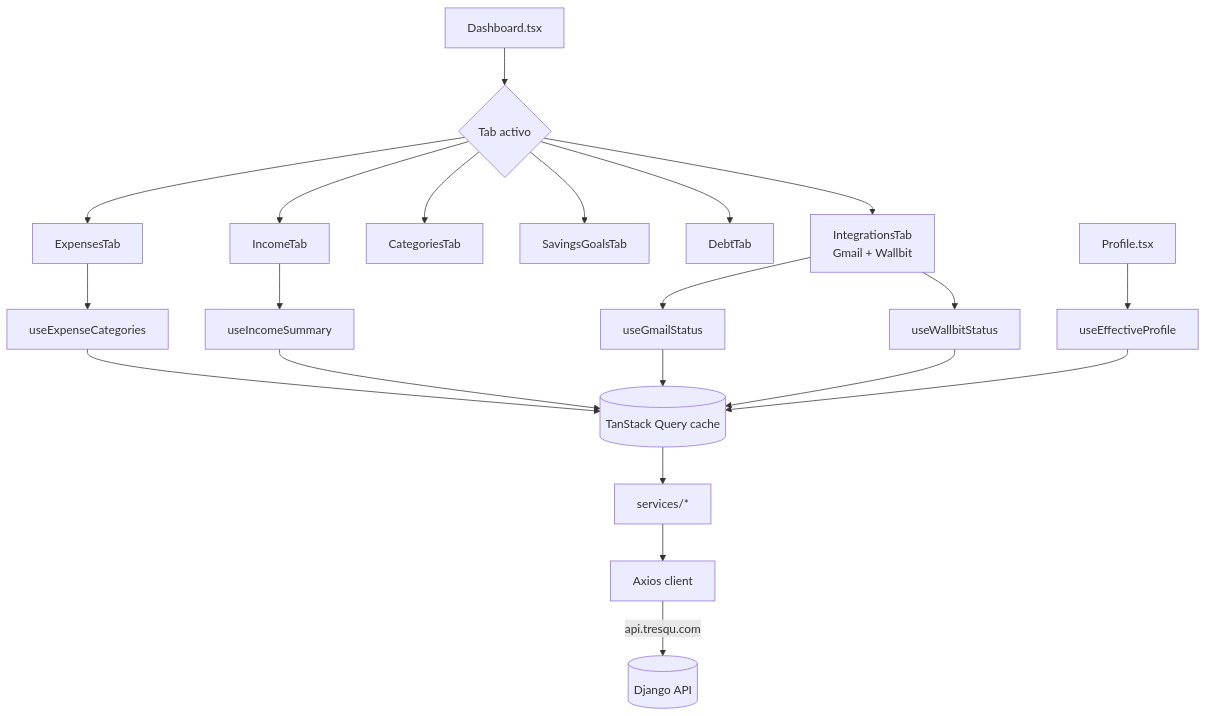
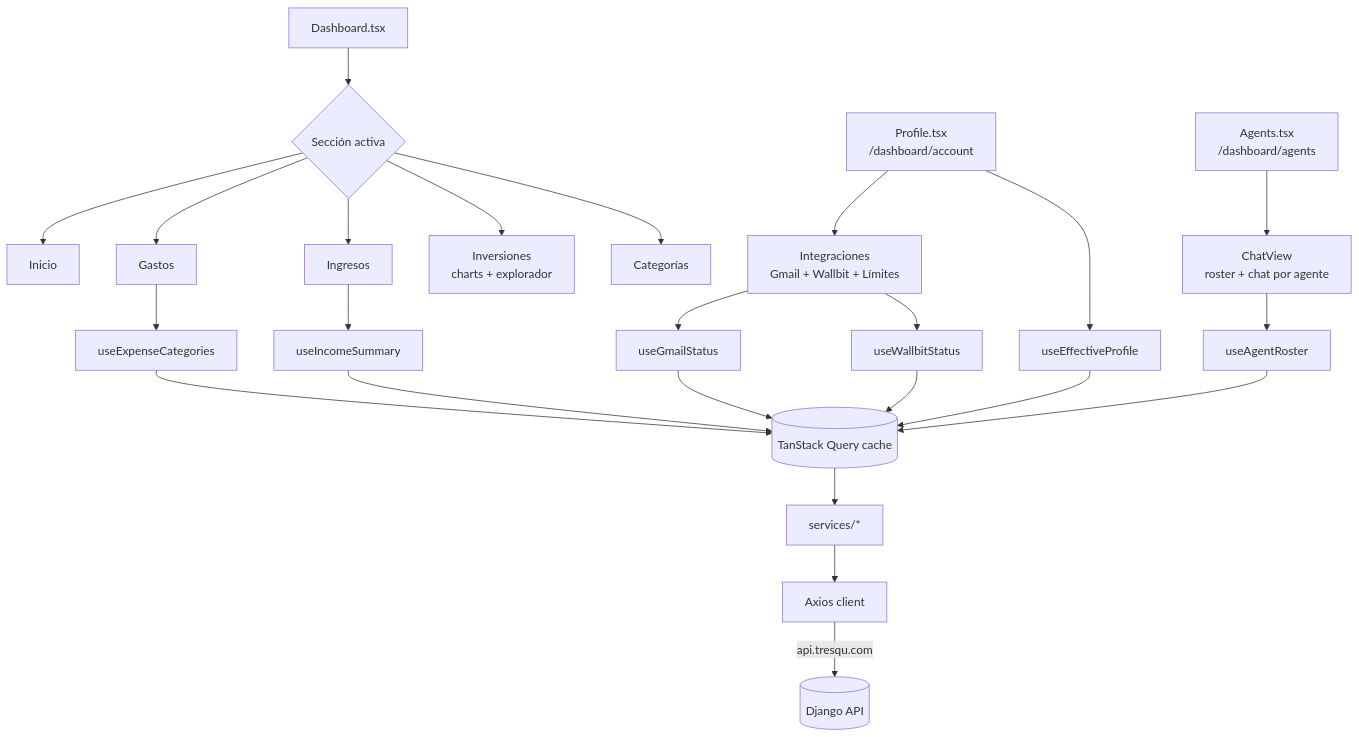
Before and after one commit to Jjat00/tresqu-frontend: the second of 3 diagrams in README.md, drawn with Mermaid. The commit also changed other lines of this file, not shown here.

````diff
--- a/README.md
+++ b/README.md
@@ -77,26 +75,29 @@
 ```mermaid
 flowchart TB
-    PAGE[Dashboard.tsx] --> TAB{Tab activo}
-    TAB --> EXP[ExpensesTab]
-    TAB --> INC[IncomeTab]
-    TAB --> CAT[CategoriesTab]
-    TAB --> SAV[SavingsGoalsTab]
-    TAB --> DEB[DebtTab]
-    TAB --> INT[IntegrationsTab<br/>Gmail + Wallbit]
+    PAGE[Dashboard.tsx] --> TAB{Sección activa}
+    TAB --> HOME[Inicio]
+    TAB --> EXP[Gastos]
+    TAB --> INC[Ingresos]
+    TAB --> INVST[Inversiones<br/>charts + explorador]
+    TAB --> CAT[Categorías]
+    AGENTS[Agents.tsx<br/>/dashboard/agents] --> CHAT[ChatView<br/>roster + chat por agente]
+    ACCOUNT[Profile.tsx<br/>/dashboard/account] --> INT[Integraciones<br/>Gmail + Wallbit + Límites]
+    ACCOUNT --> HR[useEffectiveProfile]
 
     EXP --> HE[useExpenseCategories]
     INC --> HI[useIncomeSummary]
     INT --> HG[useGmailStatus]
     INT --> HW[useWallbitStatus]
-    PROFILE[Profile.tsx] --> HR[useEffectiveProfile]
+    CHAT --> HRO[useAgentRoster]
 
     HE --> RQS[(TanStack Query cache)]
     HI --> RQS
     HG --> RQS
     HW --> RQS
     HR --> RQS
+    HRO --> RQS
 
     RQS --> SVC[services/*]
     SVC --> AX[Axios client]
     AX -->|api.tresqu.com| BACKEND[(Django API)]
 ```
````
